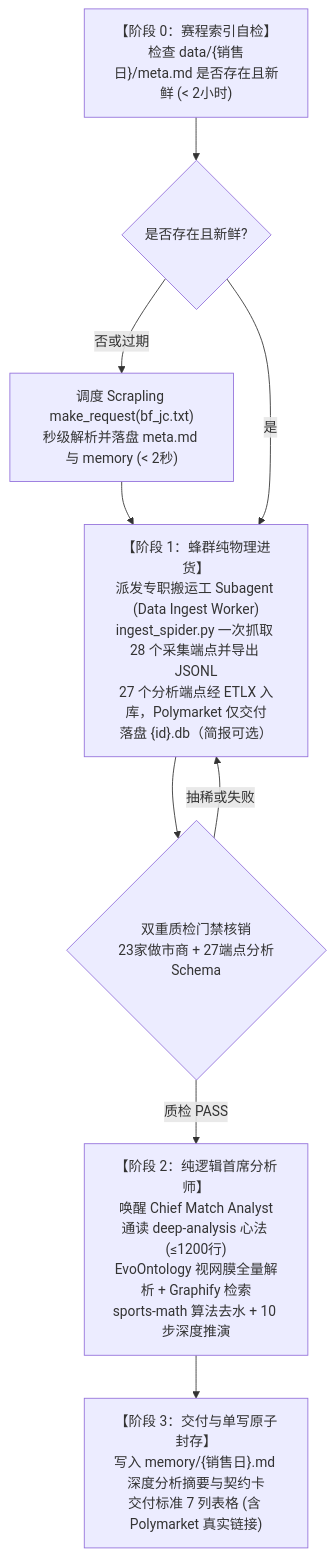
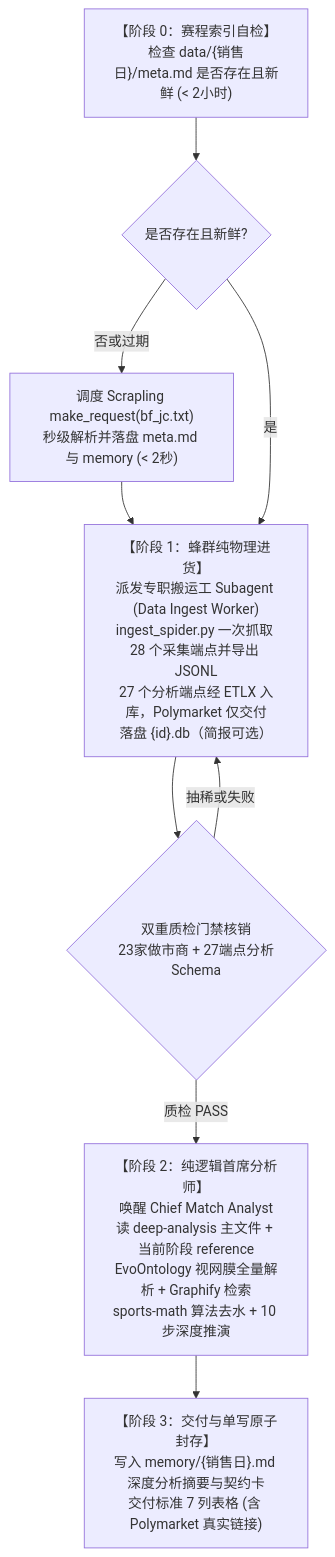
The third of 4 diagrams in README.md (i0ivi0i/supodds), drawn with Mermaid before and after one commit. The commit also changed other lines of this file and 8 other files, not shown here.

First line of the commit message:
refactor(deep-analysis): 拆分阶段参考并解耦分析员工单

````diff
--- a/README.md
+++ b/README.md
@@ -140,18 +140,18 @@
 ```mermaid
 flowchart TD
     Z["【阶段 0：赛程索引自检】<br/>检查 data/{销售日}/meta.md 是否存在且新鲜 (< 2小时)"]
     Z_NO{"是否存在且新鲜?"}
     Z_GET["调度 Scrapling make_request(bf_jc.txt)<br/>秒级解析并落盘 meta.md 与 memory (< 2秒)"]
     P1["【阶段 1：蜂群纯物理进货】<br/>派发专职搬运工 Subagent (Data Ingest Worker)<br/>ingest_spider.py 一次抓取 28 个采集端点并导出 JSONL<br/>27 个分析端点经 ETLX 入库，Polymarket 仅交付<br/>落盘 {id}.db（简报可选）"]
     P1_GATE{"双重质检门禁核销<br/>23家做市商 + 27端点分析Schema"}
-    P2["【阶段 2：纯逻辑首席分析师】<br/>唤醒 Chief Match Analyst<br/>通读 deep-analysis 心法 (≤1200行)<br/>EvoOntology 视网膜全量解析 + Graphify 检索<br/>sports-math 算法去水 + 10 步深度推演"]
+    P2["【阶段 2：纯逻辑首席分析师】<br/>唤醒 Chief Match Analyst<br/>读 deep-analysis 主文件 + 当前阶段 reference<br/>EvoOntology 视网膜全量解析 + Graphify 检索<br/>sports-math 算法去水 + 10 步深度推演"]
     OUT["【阶段 3：交付与单写原子封存】<br/>写入 memory/{销售日}.md 深度分析摘要与契约卡<br/>交付标准 7 列表格 (含 Polymarket 真实链接)"]
 
     Z --> Z_NO
     Z_NO -- 否或过期 --> Z_GET --> P1
     Z_NO -- 是 --> P1
     P1 --> P1_GATE
     P1_GATE -- 质检 PASS --> P2
     P1_GATE -- 抽稀或失败 --> P1
     P2 --> OUT
 ```
````
